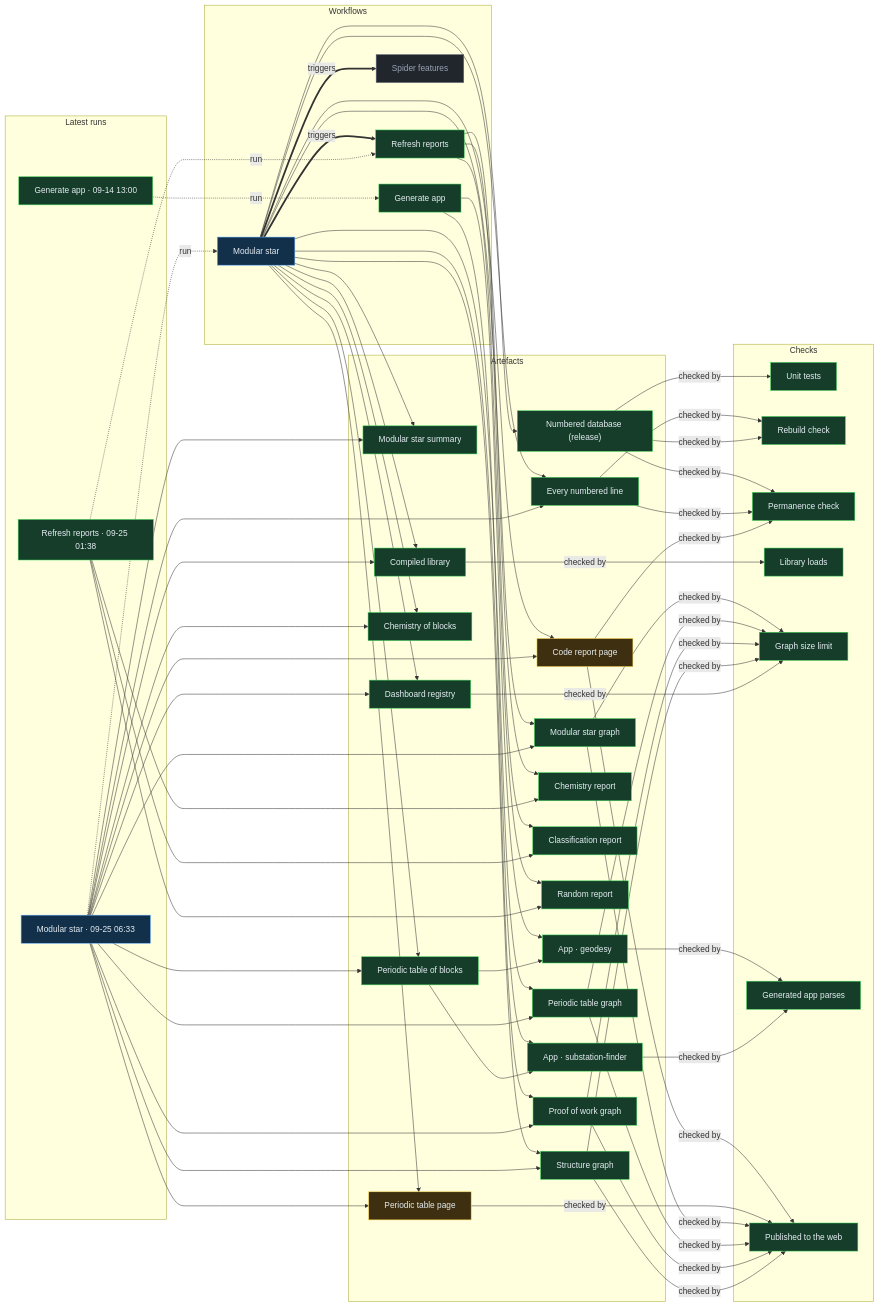
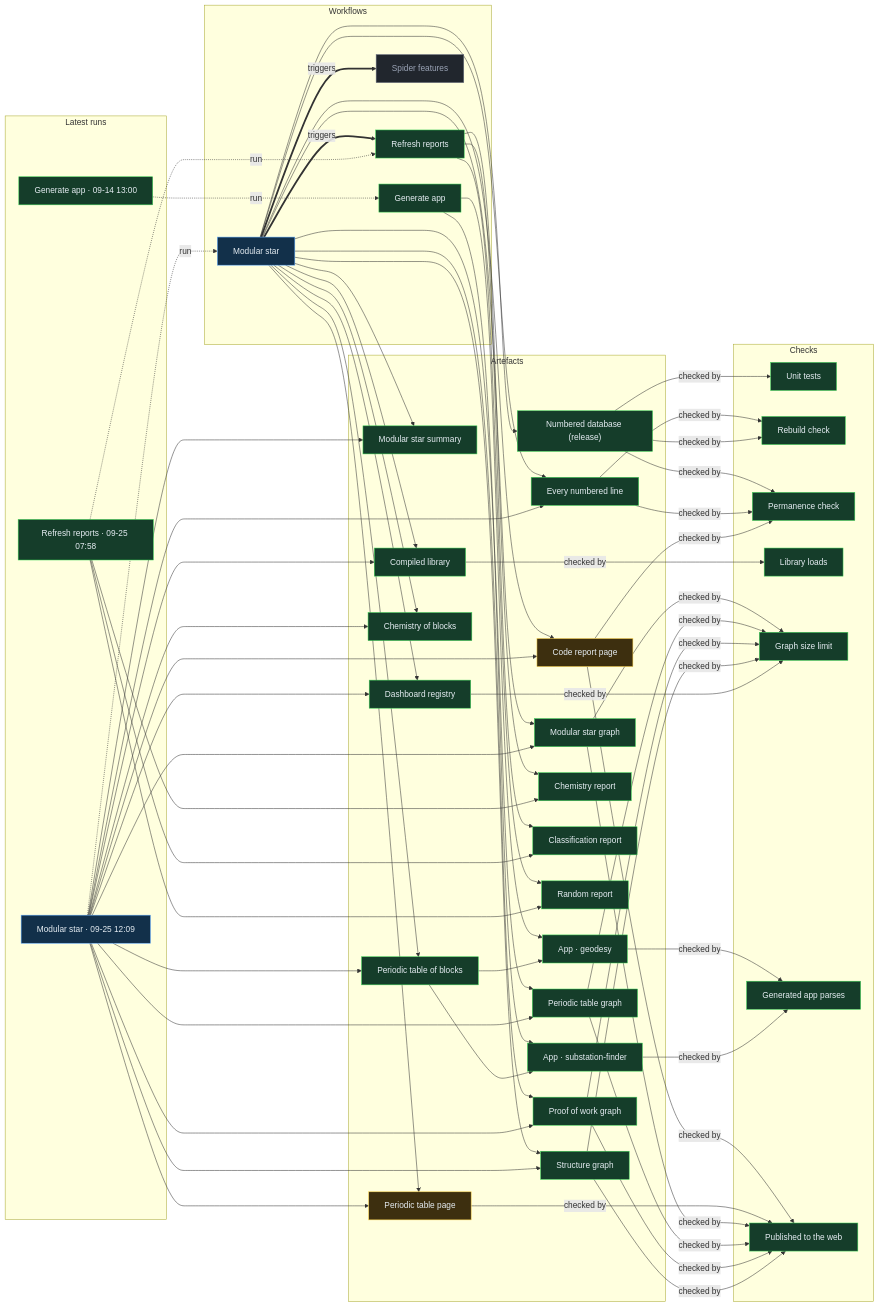
The diagram in proof/PROOF.md (Ventusltd/stars), drawn with Mermaid before and after one commit. The commit also changed other lines of this file and 41 other files, not shown here.

Commit message:
Modular star 2026-09-25T12:11Z

```diff
--- a/proof/PROOF.md
+++ b/proof/PROOF.md
@@ -24,8 +24,8 @@
   n_wf_spider_features["Spider features"]:::off
   end
   subgraph g_runs["Latest runs"]
-  n_run_36103417678["Modular star · 09-25 06:33"]:::live
-  n_run_36082919245["Refresh reports · 09-25 01:38"]:::ok
+  n_run_36133300673["Modular star · 09-25 12:09"]:::live
+  n_run_36110446454["Refresh reports · 09-25 07:58"]:::ok
   n_run_34846587798["Generate app · 09-14 13:00"]:::ok
   end
   subgraph g_artefacts["Artefacts"]
@@ -59,39 +59,39 @@
   end
   n_wf_modular_star == triggers ==> n_wf_refresh
   n_wf_modular_star == triggers ==> n_wf_spider_features
-  n_run_36103417678 -. run .-> n_wf_modular_star
-  n_run_36082919245 -. run .-> n_wf_refresh
+  n_run_36133300673 -. run .-> n_wf_modular_star
+  n_run_36110446454 -. run .-> n_wf_refresh
   n_run_34846587798 -. run .-> n_wf_generate
   n_wf_modular_star --> n_art_summary
-  n_run_36103417678 --> n_art_summary
+  n_run_36133300673 --> n_art_summary
   n_wf_modular_star --> n_art_lines
-  n_run_36103417678 --> n_art_lines
+  n_run_36133300673 --> n_art_lines
   n_wf_modular_star --> n_art_code
-  n_run_36103417678 --> n_art_code
+  n_run_36133300673 --> n_art_code
   n_wf_modular_star --> n_art_modular_graph
-  n_run_36103417678 --> n_art_modular_graph
+  n_run_36133300673 --> n_art_modular_graph
   n_wf_modular_star --> n_art_blocks
-  n_run_36103417678 --> n_art_blocks
+  n_run_36133300673 --> n_art_blocks
   n_wf_modular_star --> n_art_table
-  n_run_36103417678 --> n_art_table
+  n_run_36133300673 --> n_art_table
   n_wf_modular_star --> n_art_blocks_graph
-  n_run_36103417678 --> n_art_blocks_graph
+  n_run_36133300673 --> n_art_blocks_graph
   n_wf_modular_star --> n_art_reactions
-  n_run_36103417678 --> n_art_reactions
+  n_run_36133300673 --> n_art_reactions
   n_wf_modular_star --> n_art_library
-  n_run_36103417678 --> n_art_library
+  n_run_36133300673 --> n_art_library
   n_wf_modular_star --> n_art_features
-  n_run_36103417678 --> n_art_features
+  n_run_36133300673 --> n_art_features
   n_wf_modular_star --> n_art_proof
-  n_run_36103417678 --> n_art_proof
+  n_run_36133300673 --> n_art_proof
   n_wf_modular_star --> n_art_structure
-  n_run_36103417678 --> n_art_structure
+  n_run_36133300673 --> n_art_structure
   n_wf_refresh --> n_art_chemistry
-  n_run_36082919245 --> n_art_chemistry
+  n_run_36110446454 --> n_art_chemistry
   n_wf_refresh --> n_art_vedic
-  n_run_36082919245 --> n_art_vedic
+  n_run_36110446454 --> n_art_vedic
   n_wf_refresh --> n_art_random
-  n_run_36082919245 --> n_art_random
+  n_run_36110446454 --> n_art_random
   n_wf_modular_star --> n_art_release
   n_wf_generate --> n_app_geodesy
   n_art_blocks --> n_app_geodesy
```
